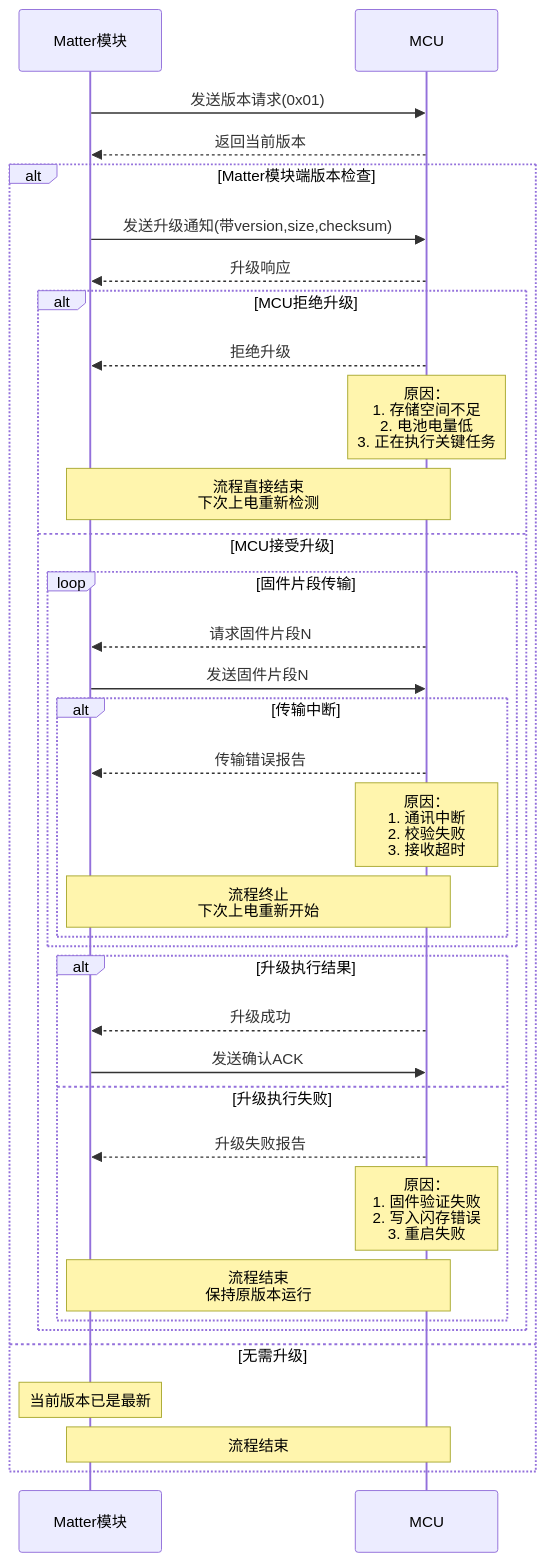
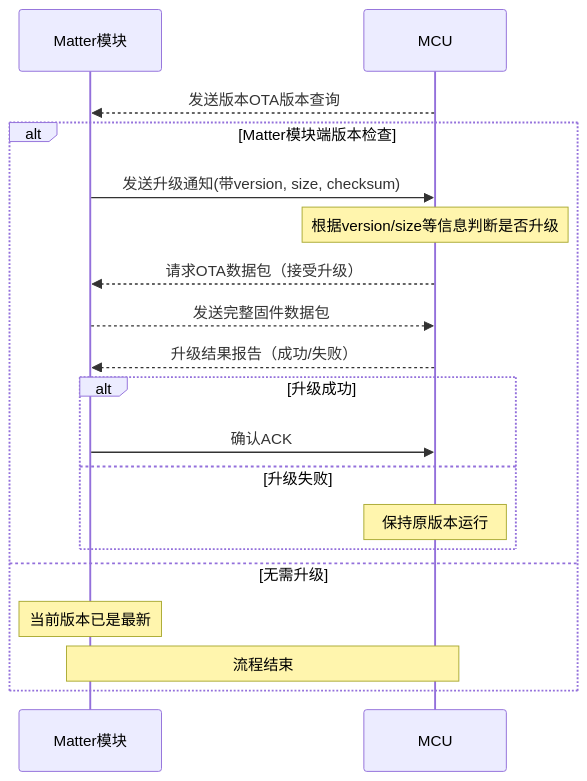
The first of 3 diagrams in bk.md (suhuide/h), drawn with Mermaid before and after one commit. The commit also changed 6 other files, not shown here.

````diff
--- a/bk.md
+++ b/bk.md
@@ -37,42 +37,23 @@
 ```mermaid
 sequenceDiagram
     participant Matter模块
     participant MCU
-    
-    Matter模块->>MCU: 发送版本请求(0x01)
-    MCU-->>Matter模块: 返回当前版本
-    
+
+    MCU-->>Matter模块: 发送版本OTA版本查询
+
     alt Matter模块端版本检查
-        Matter模块->>MCU: 发送升级通知(带version,size,checksum)
-        MCU-->>Matter模块: 升级响应
-        
-        alt MCU拒绝升级
-            MCU-->>Matter模块: 拒绝升级
-            Note over MCU: 原因：<br>1. 存储空间不足<br>2. 电池电量低<br>3. 正在执行关键任务
-            Note over Matter模块, MCU: 流程直接结束<br>下次上电重新检测
-        else MCU接受升级
-            loop 固件片段传输
-                MCU-->>Matter模块: 请求固件片段N
-                Matter模块->>MCU: 发送固件片段N
-                
-                alt 传输中断
-                    MCU-->>Matter模块: 传输错误报告
-                    Note over MCU: 原因：<br>1. 通讯中断<br>2. 校验失败<br>3. 接收超时
-                    Note over Matter模块, MCU: 流程终止<br>下次上电重新开始
-                end
-            end
-            
-            alt 升级执行结果
-                MCU-->>Matter模块: 升级成功
-                Matter模块->>MCU: 发送确认ACK
-            else 升级执行失败
-                MCU-->>Matter模块: 升级失败报告
-                Note over MCU: 原因：<br>1. 固件验证失败<br>2. 写入闪存错误<br>3. 重启失败
-                Note over Matter模块, MCU: 流程结束<br>保持原版本运行
-            end
+        Matter模块->>MCU: 发送升级通知(带version, size, checksum)
+        Note over MCU: 根据version/size等信息判断是否升级
+        MCU-->>Matter模块: 请求OTA数据包（接受升级）
+        Matter模块-->>MCU: 发送完整固件数据包
+        MCU-->>Matter模块: 升级结果报告（成功/失败）
+        alt 升级成功
+            Matter模块->>MCU: 确认ACK
+        else 升级失败
+            Note over MCU: 保持原版本运行
         end
     else 无需升级
         Note over Matter模块: 当前版本已是最新
         Note over Matter模块, MCU: 流程结束
     end
-```    
+```
````
